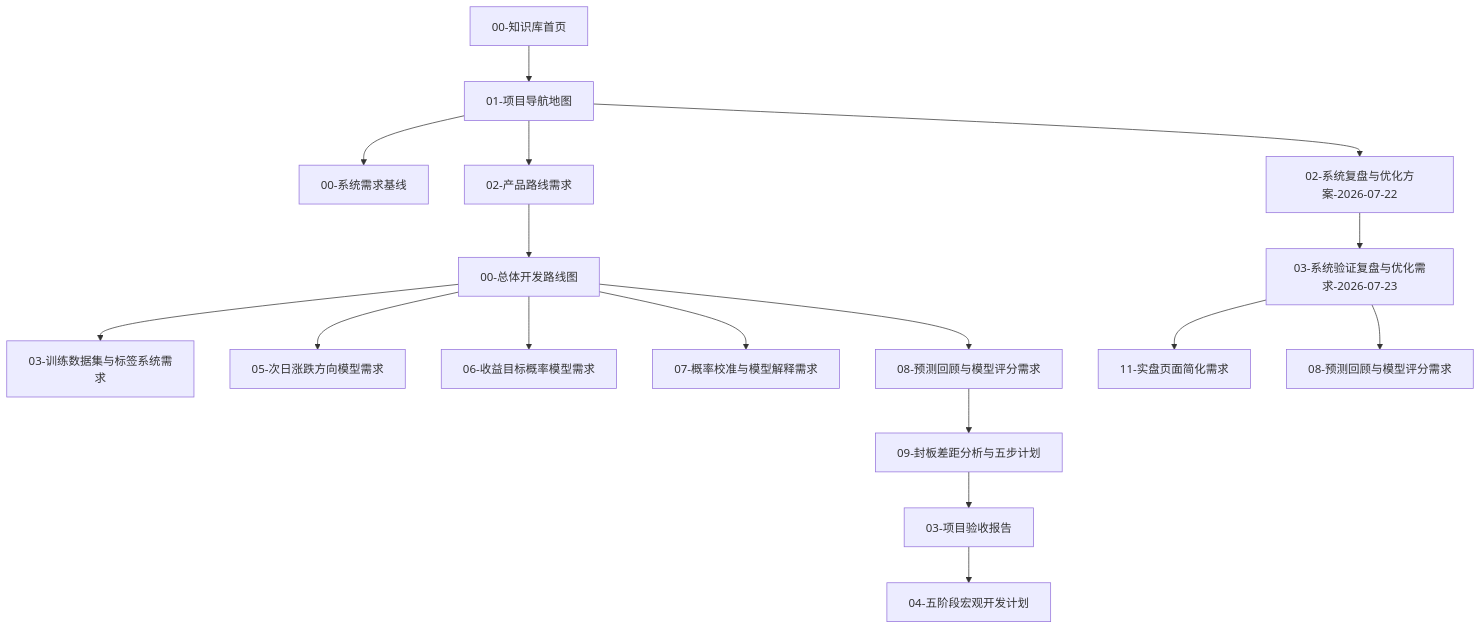
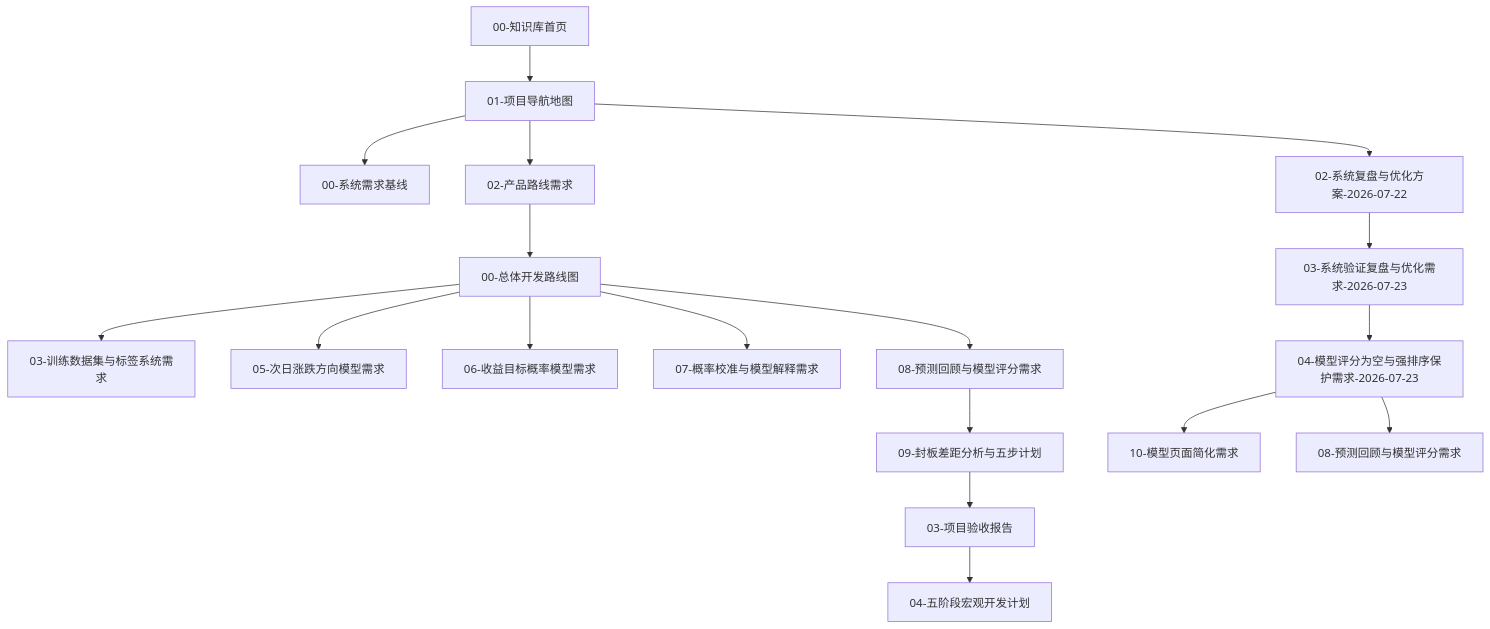
The diagram in obsidian-vault/00-系统入口/05-知识图谱关系索引.md (ixiaoxinxin/t_trade_system), drawn with Mermaid before and after one commit. The commit also changed other lines of this file and 5 other files, not shown here.

````diff
--- a/obsidian-vault/00-系统入口/05-知识图谱关系索引.md
+++ b/obsidian-vault/00-系统入口/05-知识图谱关系索引.md
@@ -25,19 +25,20 @@
 ```mermaid
 flowchart TD
     A["00-知识库首页"] --> B["01-项目导航地图"]
     B --> C["00-系统需求基线"]
     B --> D["02-产品路线需求"]
     D --> E["00-总体开发路线图"]
     E --> F["03-训练数据集与标签系统需求"]
     E --> G["05-次日涨跌方向模型需求"]
     E --> H["06-收益目标概率模型需求"]
     E --> I["07-概率校准与模型解释需求"]
     E --> J["08-预测回顾与模型评分需求"]
     J --> K["09-封板差距分析与五步计划"]
     K --> L["03-项目验收报告"]
     L --> M["04-五阶段宏观开发计划"]
     B --> N["02-系统复盘与优化方案-2026-07-22"]
     N --> O["03-系统验证复盘与优化需求-2026-07-23"]
-    O --> P["11-实盘页面简化需求"]
-    O --> Q["08-预测回顾与模型评分需求"]
+    O --> P["04-模型评分为空与强排序保护需求-2026-07-23"]
+    P --> Q["10-模型页面简化需求"]
+    P --> R["08-预测回顾与模型评分需求"]
 ```
````
